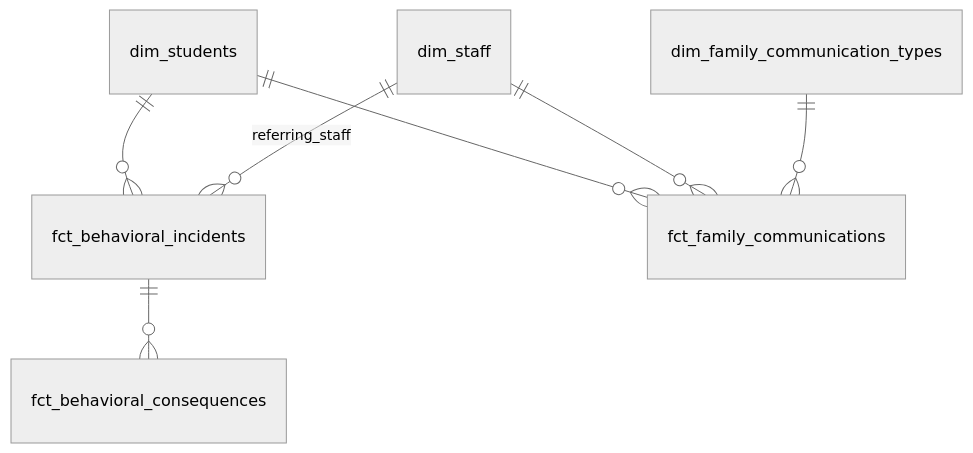
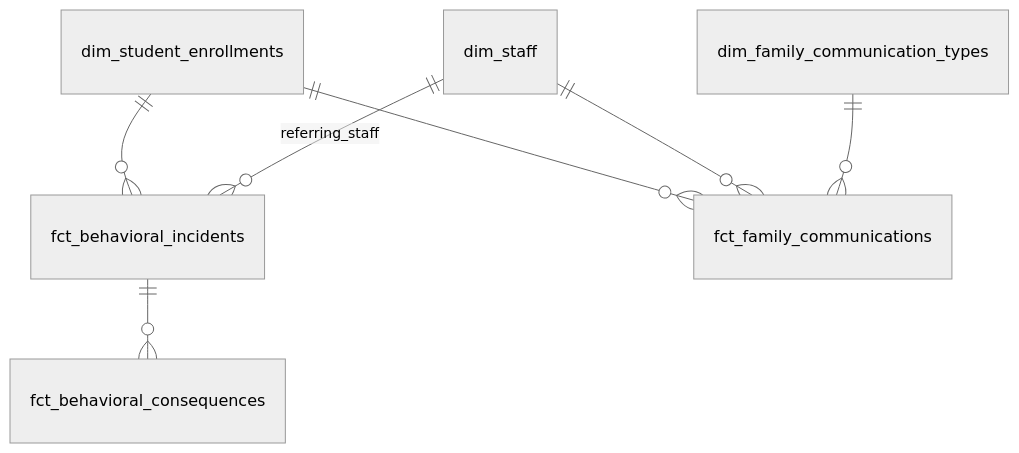
Before and after one commit to TEAMSchools/teamster: the seventh of 10 diagrams in docs/superpowers/specs/2026-03-27-star-schema-data-mart-design.md, drawn with Mermaid (neutral theme). The commit also changed other lines of this file, not shown here.

First line of the commit message:
docs: revise star schema data mart spec per stakeholder feedback

````diff
--- a/docs/superpowers/specs/2026-03-27-star-schema-data-mart-design.md
+++ b/docs/superpowers/specs/2026-03-27-star-schema-data-mart-design.md
@@ -393,9 +477,9 @@
 ```mermaid
 erDiagram
-    dim_students ||--o{ fct_behavioral_incidents : ""
+    dim_student_enrollments ||--o{ fct_behavioral_incidents : ""
     dim_staff ||--o{ fct_behavioral_incidents : "referring_staff"
     fct_behavioral_incidents ||--o{ fct_behavioral_consequences : ""
-    dim_students ||--o{ fct_family_communications : ""
+    dim_student_enrollments ||--o{ fct_family_communications : ""
     dim_staff ||--o{ fct_family_communications : ""
     dim_family_communication_types ||--o{ fct_family_communications : ""
 ```
````
